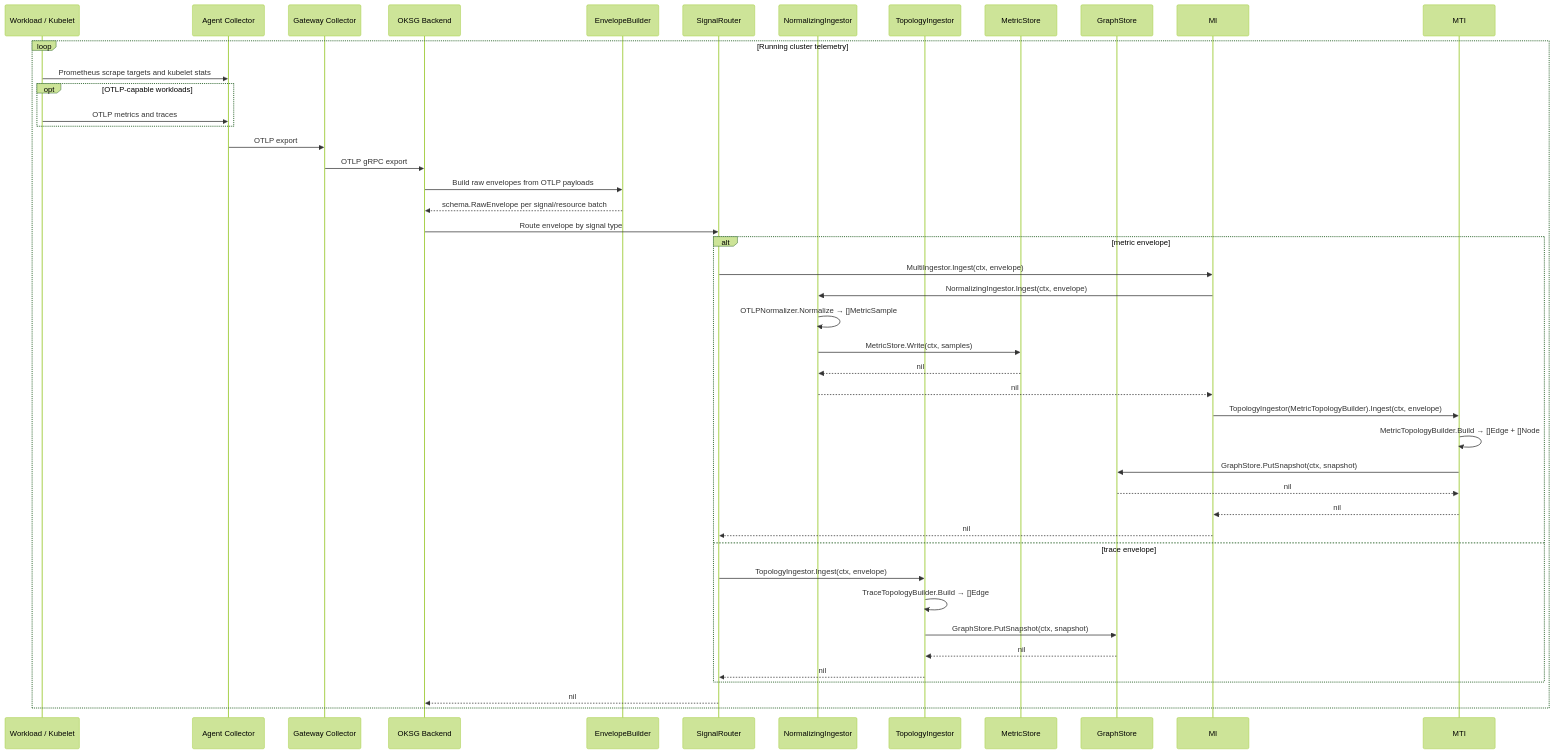
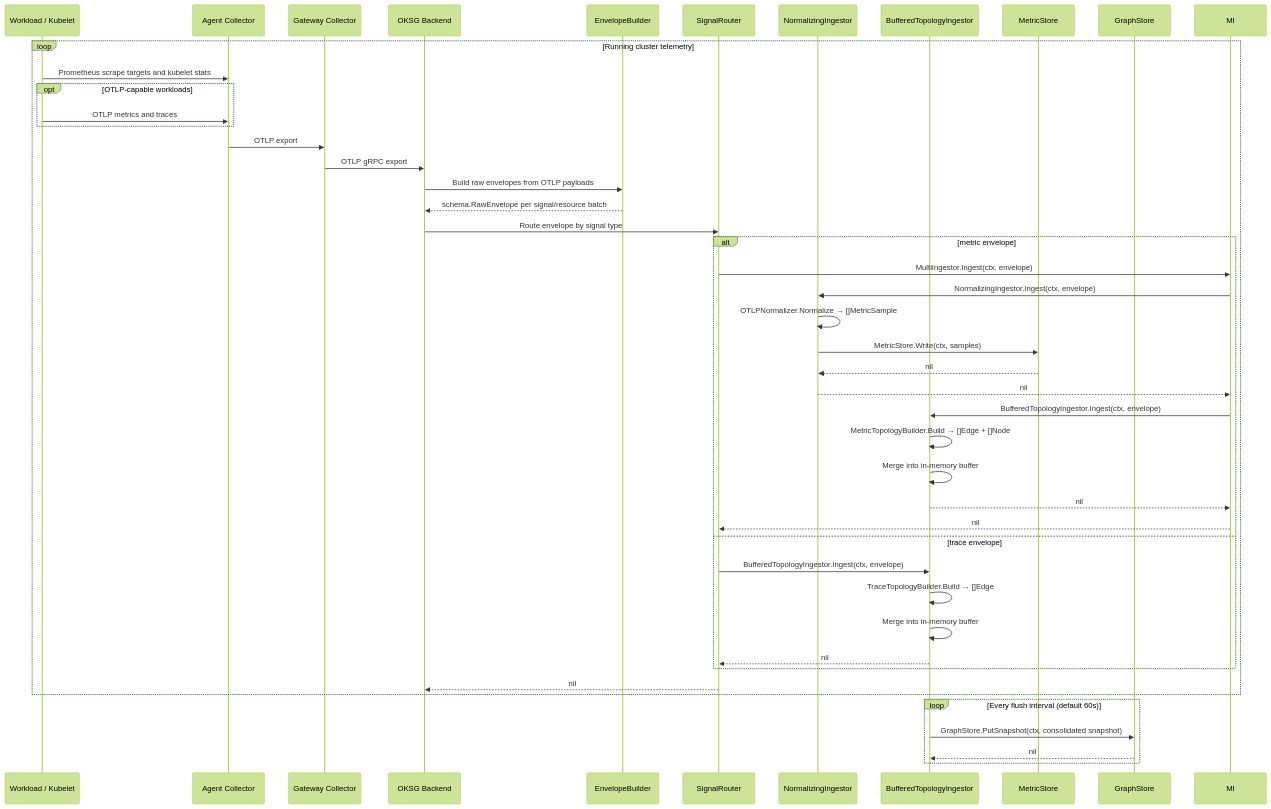
Before and after one commit to erickivel/karthos: the first of 2 diagrams in docs/runtime-flow.md, drawn with Mermaid (forest theme). The commit also changed other lines of this file and 2 other files, not shown here.

Commit message:
docs: update architecture, runtime flow, and development docs for BufferedTopologyIngestor

````diff
--- a/docs/runtime-flow.md
+++ b/docs/runtime-flow.md
@@ -12,46 +12,48 @@
 ```mermaid
 sequenceDiagram
     participant Workload as Workload / Kubelet
     participant Agent as Agent Collector
     participant Gateway as Gateway Collector
     participant Backend as OKSG Backend
     participant Builder as EnvelopeBuilder
     participant Router as SignalRouter
     participant NI as NormalizingIngestor
-    participant TI as TopologyIngestor
+    participant BTI as BufferedTopologyIngestor
     participant MS as MetricStore
     participant GS as GraphStore
 
     loop Running cluster telemetry
         Workload->>Agent: Prometheus scrape targets and kubelet stats
         opt OTLP-capable workloads
             Workload->>Agent: OTLP metrics and traces
         end
         Agent->>Gateway: OTLP export
         Gateway->>Backend: OTLP gRPC export
         Backend->>Builder: Build raw envelopes from OTLP payloads
         Builder-->>Backend: schema.RawEnvelope per signal/resource batch
         Backend->>Router: Route envelope by signal type
         alt metric envelope
             Router->>MI: MultiIngestor.Ingest(ctx, envelope)
             MI->>NI: NormalizingIngestor.Ingest(ctx, envelope)
             NI->>NI: OTLPNormalizer.Normalize → []MetricSample
             NI->>MS: MetricStore.Write(ctx, samples)
             MS-->>NI: nil
             NI-->>MI: nil
-            MI->>MTI: TopologyIngestor(MetricTopologyBuilder).Ingest(ctx, envelope)
-            MTI->>MTI: MetricTopologyBuilder.Build → []Edge + []Node
-            MTI->>GS: GraphStore.PutSnapshot(ctx, snapshot)
-            GS-->>MTI: nil
-            MTI-->>MI: nil
+            MI->>BTI: BufferedTopologyIngestor.Ingest(ctx, envelope)
+            BTI->>BTI: MetricTopologyBuilder.Build → []Edge + []Node
+            BTI->>BTI: Merge into in-memory buffer
+            BTI-->>MI: nil
             MI-->>Router: nil
         else trace envelope
-            Router->>TI: TopologyIngestor.Ingest(ctx, envelope)
-            TI->>TI: TraceTopologyBuilder.Build → []Edge
-            TI->>GS: GraphStore.PutSnapshot(ctx, snapshot)
-            GS-->>TI: nil
-            TI-->>Router: nil
+            Router->>BTI: BufferedTopologyIngestor.Ingest(ctx, envelope)
+            BTI->>BTI: TraceTopologyBuilder.Build → []Edge
+            BTI->>BTI: Merge into in-memory buffer
+            BTI-->>Router: nil
         end
         Router-->>Backend: nil
     end
+    loop Every flush interval (default 60s)
+        BTI->>GS: GraphStore.PutSnapshot(ctx, consolidated snapshot)
+        GS-->>BTI: nil
+    end
 ```
````
